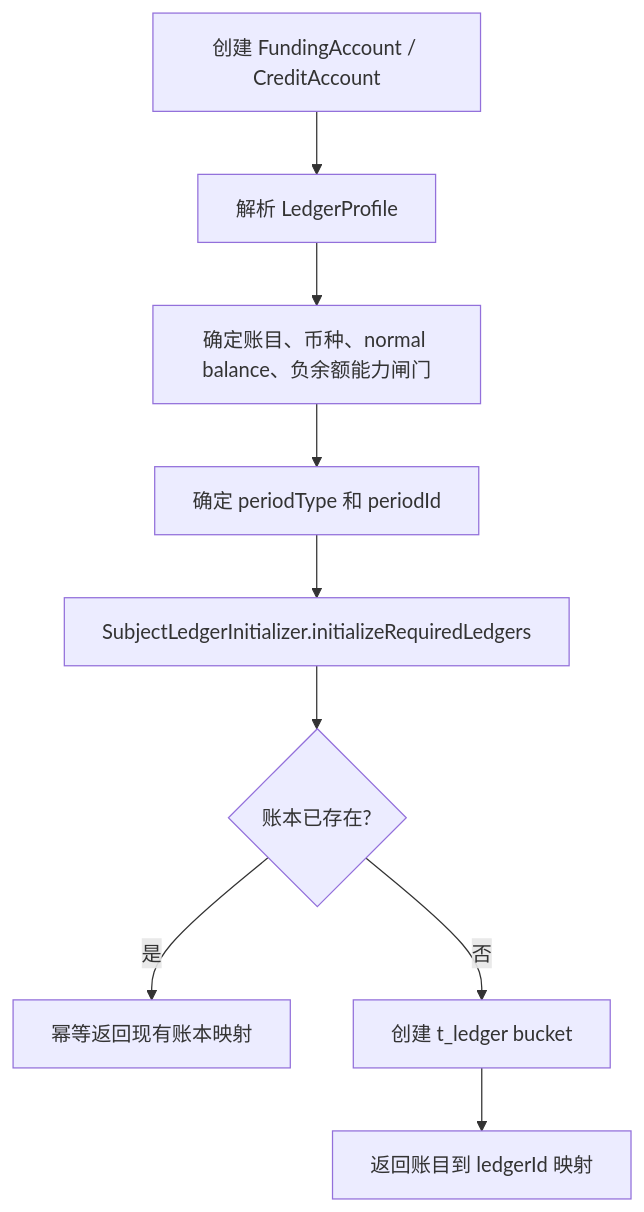
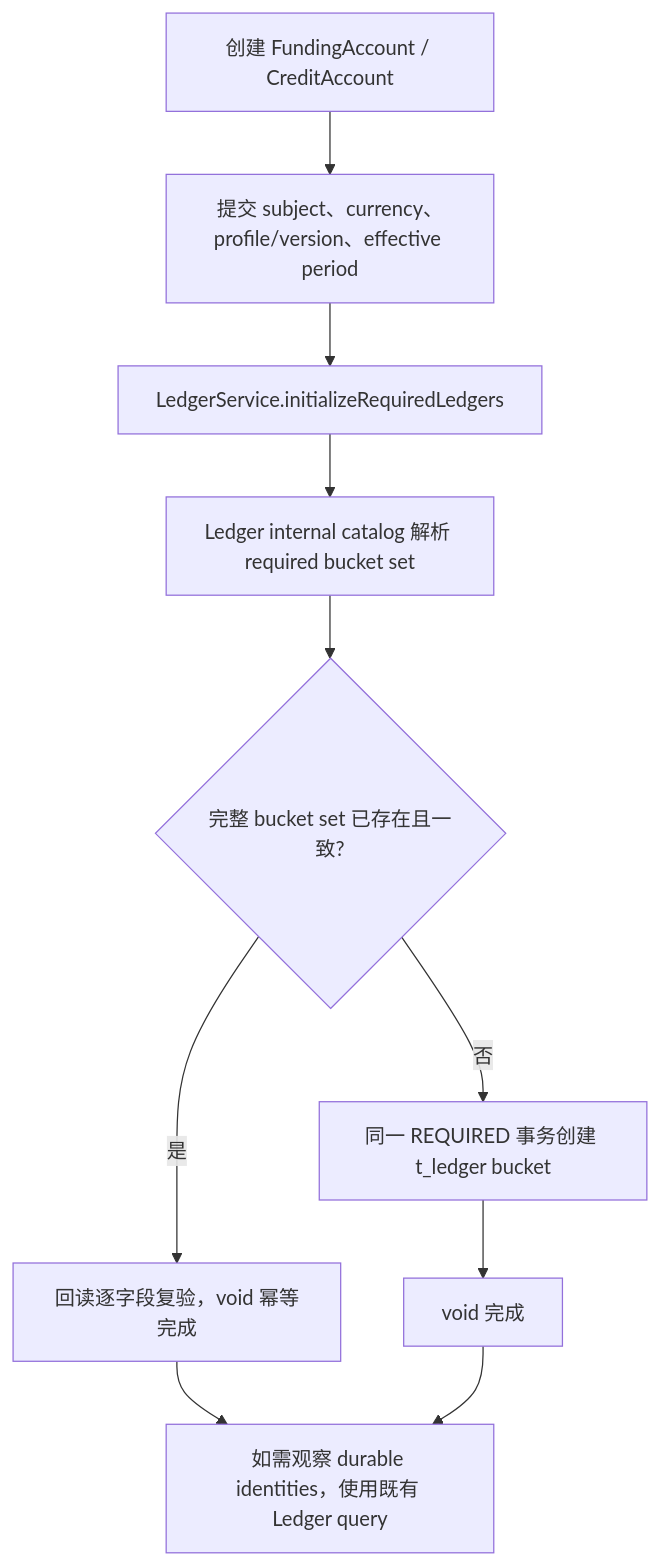
One commit to fengwuxp/wind-funds changed the ninth of 17 diagrams in docs/系分设计/02-交易路由钱包账目与投影系分设计.md. Above: the diagram before and after it, drawn with Mermaid. The commit also changed other lines of this file and 238 other files, not shown here.

````diff
--- a/docs/系分设计/02-交易路由钱包账目与投影系分设计.md
+++ b/docs/系分设计/02-交易路由钱包账目与投影系分设计.md
@@ -637,11 +639,12 @@
 ```mermaid
 flowchart TD
-    A["创建 FundingAccount / CreditAccount"] --> B["解析 LedgerProfile"]
-    B --> C["确定账目、币种、normal balance、负余额能力闸门"]
-    C --> D["确定 periodType 和 periodId"]
-    D --> E["SubjectLedgerInitializer.initializeRequiredLedgers"]
-    E --> F{"账本已存在?"}
-    F -- "是" --> G["幂等返回现有账本映射"]
-    F -- "否" --> H["创建 t_ledger bucket"]
-    H --> I["返回账目到 ledgerId 映射"]
+    A["创建 FundingAccount / CreditAccount"] --> B["提交 subject、currency、profile/version、effective period"]
+    B --> C["LedgerService.initializeRequiredLedgers"]
+    C --> D["Ledger internal catalog 解析 required bucket set"]
+    D --> E{"完整 bucket set 已存在且一致?"}
+    E -- "是" --> F["回读逐字段复验，void 幂等完成"]
+    E -- "否" --> G["同一 REQUIRED 事务创建 t_ledger bucket"]
+    G --> H["void 完成"]
+    F --> I["如需观察 durable identities，使用既有 Ledger query"]
+    H --> I
 ```
````
